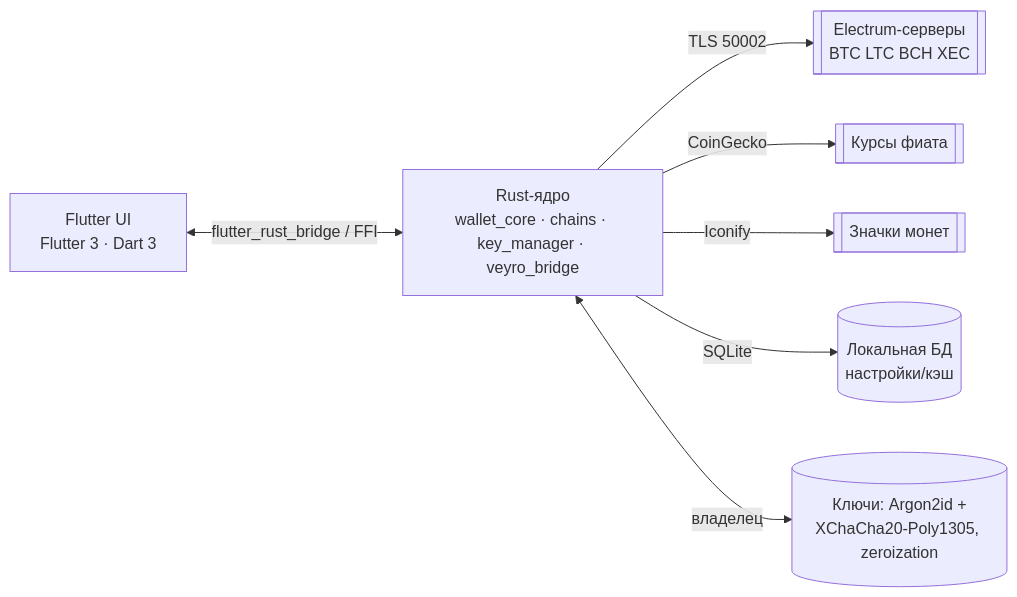
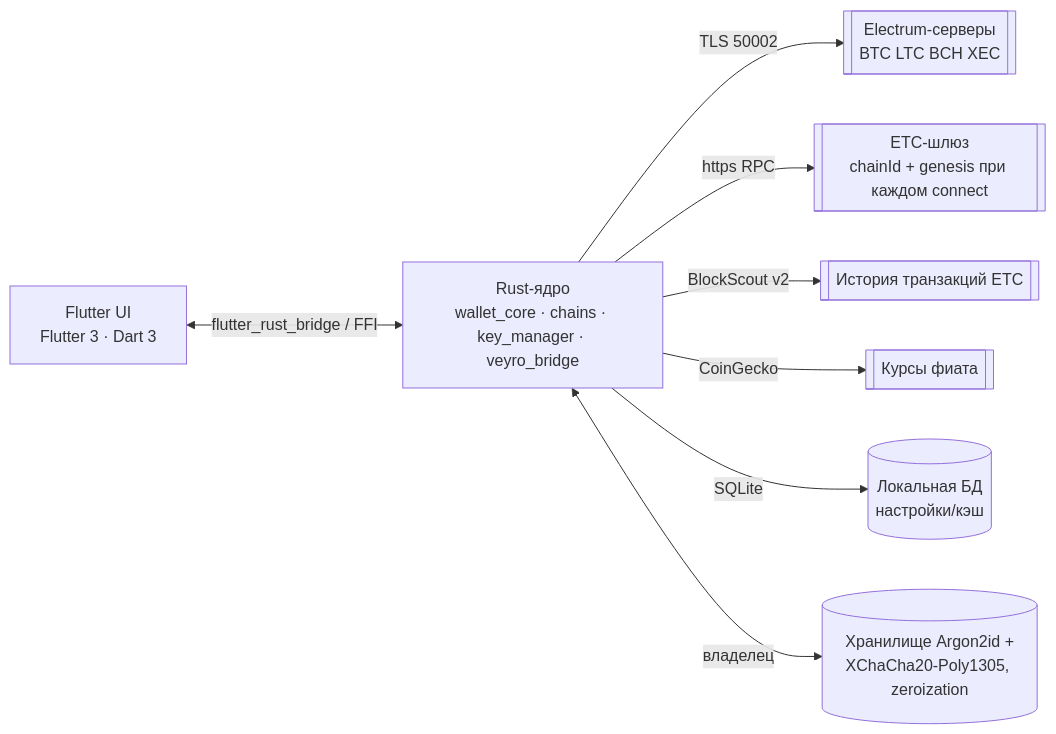
The diagram in README.md (Zylvek/veyro), drawn with Mermaid before and after one commit. The commit also changed other lines of this file and 3 other files, not shown here.

Commit message:
public-facing: new README (hero, badges, honest coin matrix incl. ETC Mordor cycle, download+sha256, architecture with ETC gateway, security, release build), CHANGELOG 1.0.0, SECURITY policy, CONTRIBUTING with product honesty rails, brand logo asset under docs/img

````diff
--- a/README.md
+++ b/README.md
@@ -37,9 +85,10 @@
 ```mermaid
 flowchart LR
     UI[Flutter UI<br/>Flutter 3 · Dart 3] <-->|flutter_rust_bridge / FFI| CORE[Rust-ядро<br/>wallet_core · chains · key_manager · veyro_bridge]
     CORE -->|TLS 50002| E[[Electrum-серверы<br/>BTC LTC BCH XEC]]
+    CORE -->|https RPC| ET[[ETC-шлюз<br/>chainId + genesis при каждом connect]]
+    CORE -->|BlockScout v2| H[[История транзакций ETC]]
     CORE -->|CoinGecko| P[[Курсы фиата]]
-    CORE -->|Iconify| I[[Значки монет]]
     CORE -->|SQLite| D[(Локальная БД<br/>настройки/кэш)]
-    CORE <-->|владелец| K[(Ключи: Argon2id +<br/>XChaCha20-Poly1305, zeroization)]
+    CORE <-->|владелец| K[(Хранилище Argon2id +<br/>XChaCha20-Poly1305, zeroization)]
 ```
````
